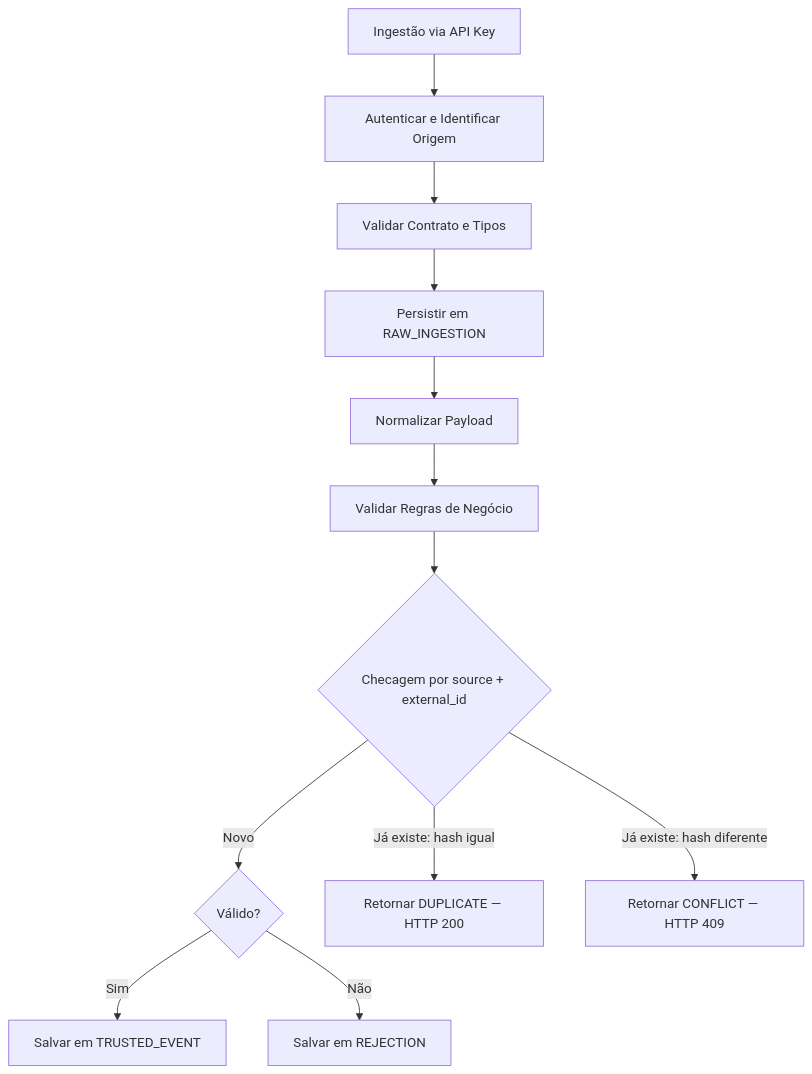
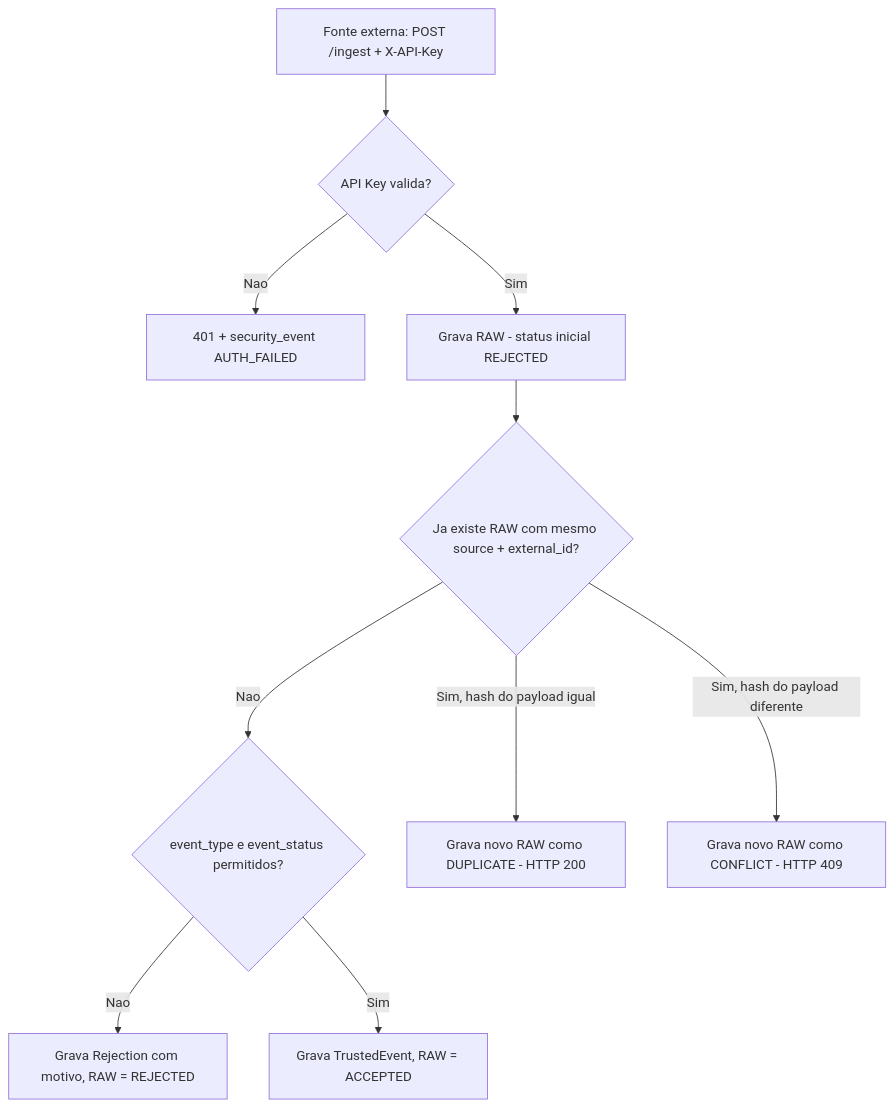
Before and after one commit to r0b3rTdk/data_pipeline_api: the diagram in README.md, drawn with Mermaid. The commit also changed other lines of this file, not shown here.

````diff
--- a/README.md
+++ b/README.md
@@ -19,14 +19,12 @@
 ```mermaid
 flowchart TD
-    A[Ingestão via API Key] --> B[Autenticar e Identificar Origem]
-    B --> C[Validar Contrato e Tipos]
-    C --> D[Persistir em RAW_INGESTION]
-    D --> E[Normalizar Payload]
-    E --> F[Validar Regras de Negócio]
-    F --> G{Checagem por source + external_id}
-    G -- Novo --> H{Válido?}
-    H -- Sim --> I[Salvar em TRUSTED_EVENT]
-    H -- Não --> J[Salvar em REJECTION]
-    G -- Já existe: hash igual --> K[Retornar DUPLICATE — HTTP 200]
-    G -- Já existe: hash diferente --> L[Retornar CONFLICT — HTTP 409]
+    A[Fonte externa: POST /ingest + X-API-Key] --> B{API Key valida?}
+    B -- Nao --> C[401 + security_event AUTH_FAILED]
+    B -- Sim --> D[Grava RAW - status inicial REJECTED]
+    D --> E{Ja existe RAW com mesmo source + external_id?}
+    E -- Nao --> G{event_type e event_status permitidos?}
+    E -- Sim, hash do payload igual --> F[Grava novo RAW como DUPLICATE - HTTP 200]
+    E -- Sim, hash do payload diferente --> FC[Grava novo RAW como CONFLICT - HTTP 409]
+    G -- Nao --> H[Grava Rejection com motivo, RAW = REJECTED]
+    G -- Sim --> I[Grava TrustedEvent, RAW = ACCEPTED]
 ```
````
